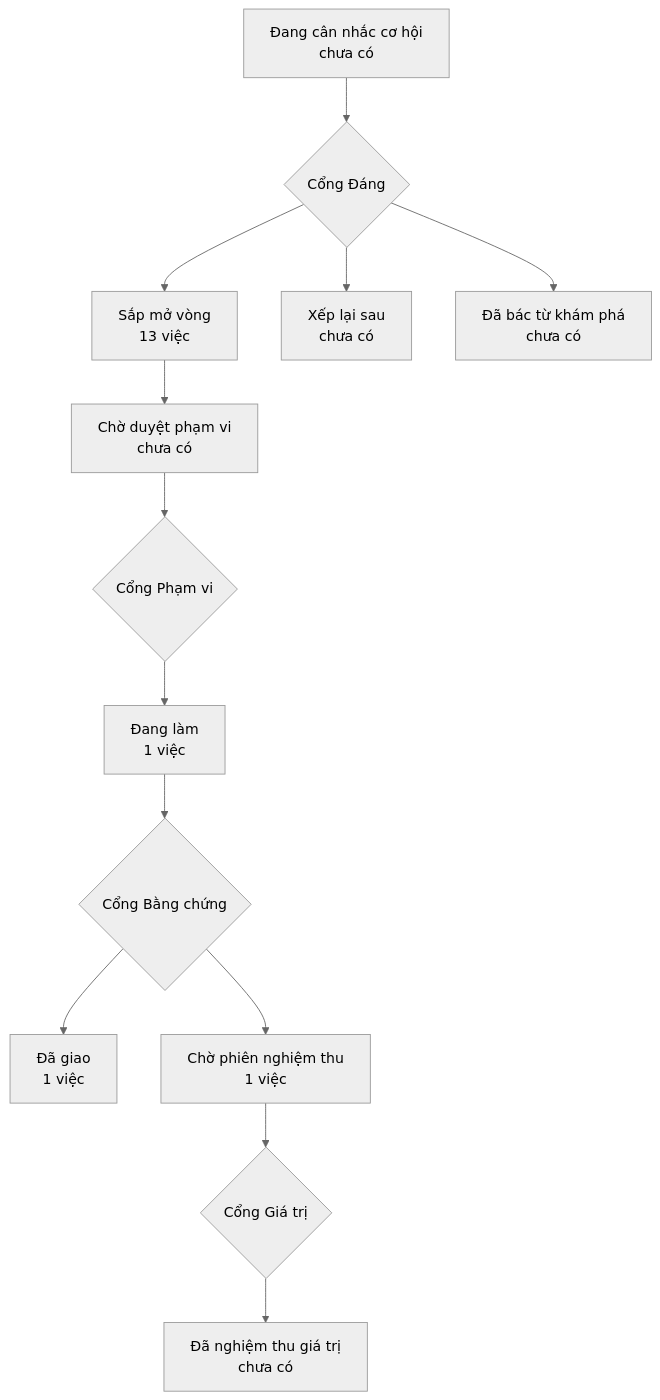
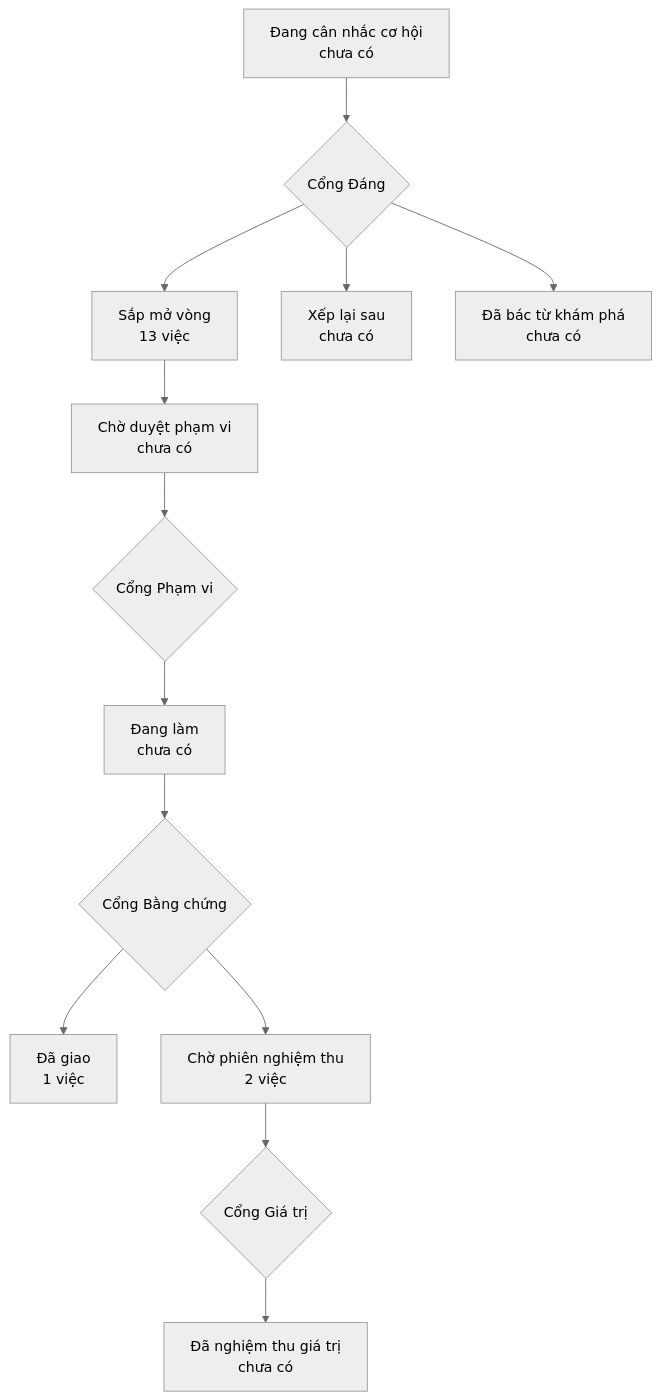
The diagram in PRODUCT-MAP.md (phanlemanh/onehub-inventory), drawn with Mermaid (neutral theme) before and after one commit. The commit also changed other lines of this file and 4 other files, not shown here.

````diff
--- a/PRODUCT-MAP.md
+++ b/PRODUCT-MAP.md
@@ -7,12 +7,12 @@
 ```mermaid
 flowchart TD
   A["Đang cân nhắc cơ hội<br/>chưa có"] --> GD{"Cổng Đáng"}
   GD --> B["Sắp mở vòng<br/>13 việc"]
   GD --> XL["Xếp lại sau<br/>chưa có"]
   GD --> DB["Đã bác từ khám phá<br/>chưa có"]
   B --> CD["Chờ duyệt phạm vi<br/>chưa có"] --> GP{"Cổng Phạm vi"}
-  GP --> DL["Đang làm<br/>1 việc"] --> GB{"Cổng Bằng chứng"}
+  GP --> DL["Đang làm<br/>chưa có"] --> GB{"Cổng Bằng chứng"}
   GB --> DG["Đã giao<br/>1 việc"]
-  GB --> CN["Chờ phiên nghiệm thu<br/>1 việc"] --> GG{"Cổng Giá trị"}
+  GB --> CN["Chờ phiên nghiệm thu<br/>2 việc"] --> GG{"Cổng Giá trị"}
   GG --> NT["Đã nghiệm thu giá trị<br/>chưa có"]
 ```
````
